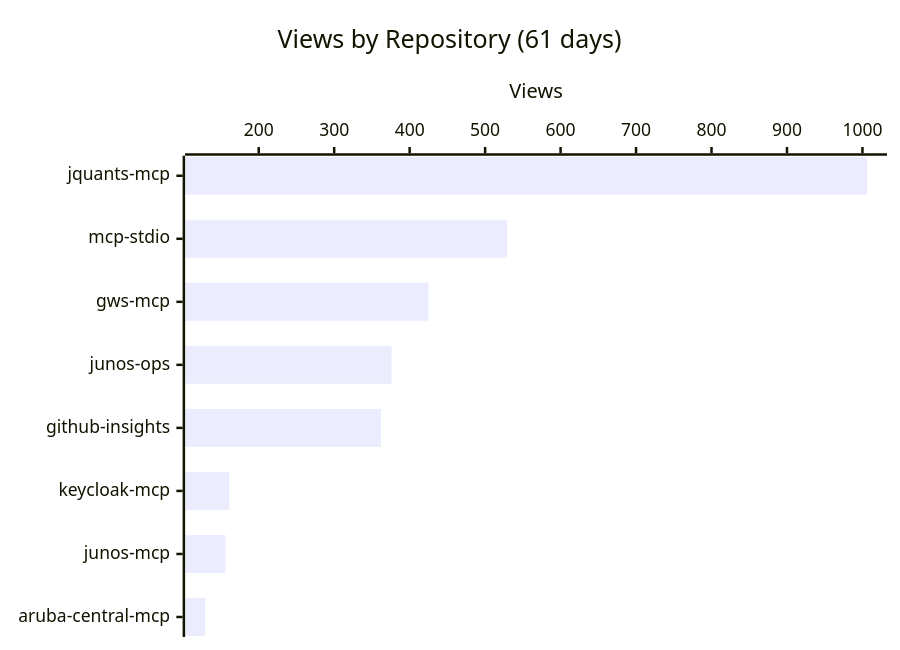
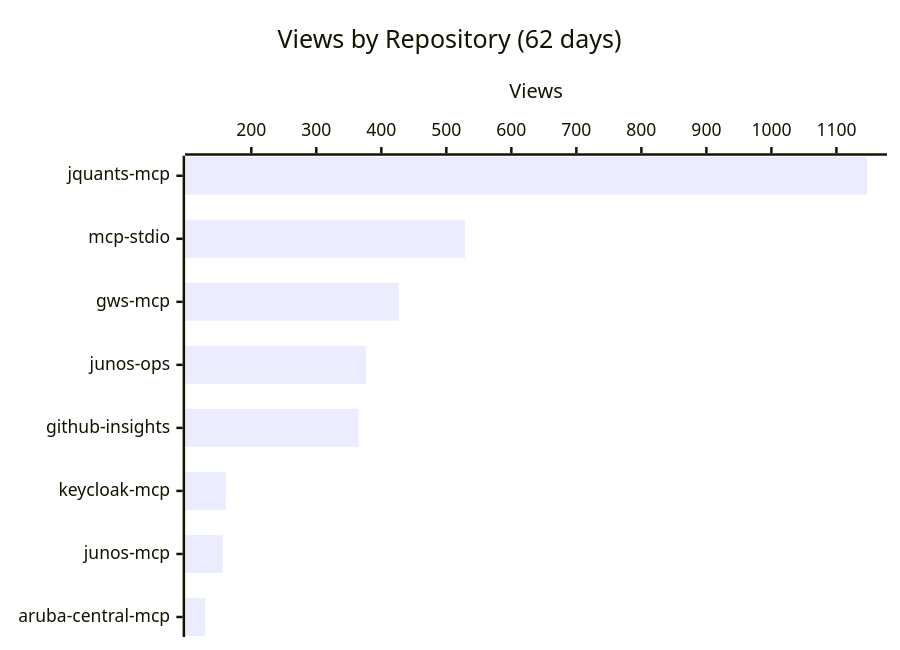
One commit to shigechika/github-insights changed the first of 3 diagrams in README.md. Above: the diagram before and after it, drawn with Mermaid. The commit also changed other lines of this file and 2 other files, not shown here.

````diff
--- a/README.md
+++ b/README.md
@@ -18,7 +18,7 @@
 ```mermaid
 xychart-beta horizontal
-    title "Views by Repository (61 days)"
+    title "Views by Repository (62 days)"
     x-axis ["jquants-mcp", "mcp-stdio", "gws-mcp", "junos-ops", "github-insights", "keycloak-mcp", "junos-mcp", "aruba-central-mcp"]
     y-axis "Views"
-    bar [1006, 529, 425, 376, 362, 161, 156, 129]
+    bar [1147, 529, 427, 376, 365, 161, 156, 129]
 ```
````
